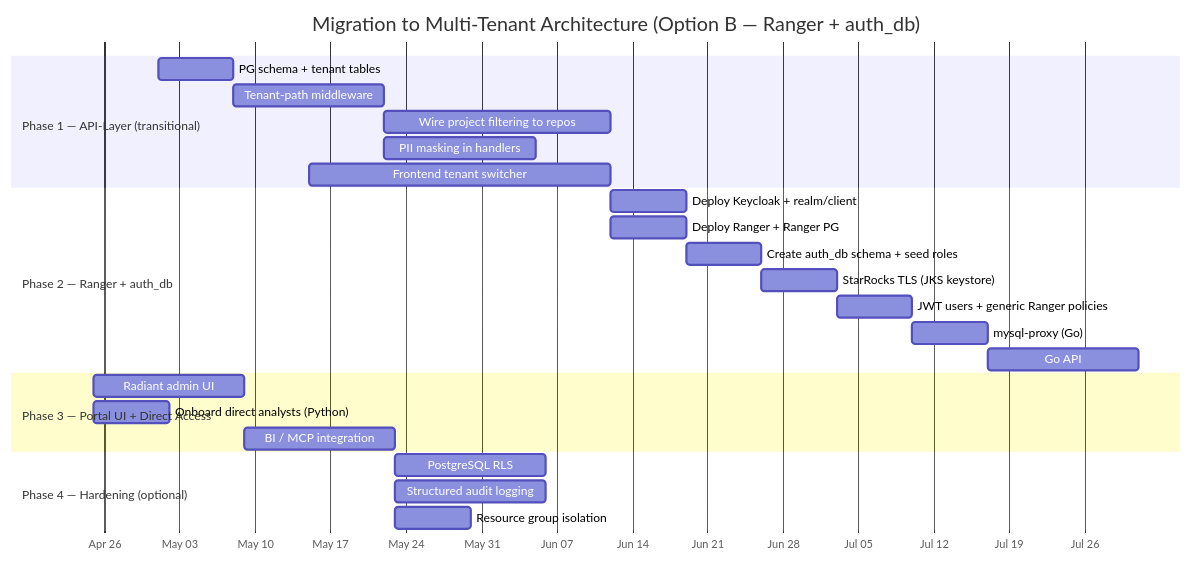
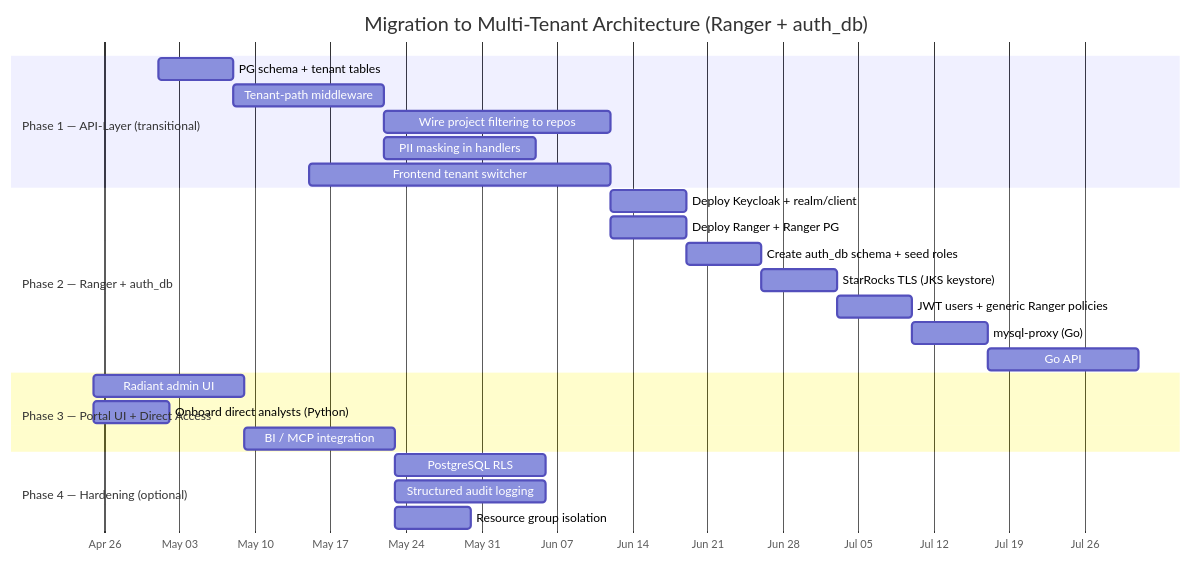
One commit to radiant-network/radiant-portal changed the fifth of 6 diagrams in docs/adr/multi-tenancy-security.md. Above: the diagram before and after it, drawn with Mermaid. The commit also changed other lines of this file, not shown here.

First line of the commit message:
docs(adr): SJRA-0000 drop option b label since it is the only solution

````diff
--- a/docs/adr/multi-tenancy-security.md
+++ b/docs/adr/multi-tenancy-security.md
@@ -946,32 +946,32 @@
 ```mermaid
 gantt
-    title Migration to Multi-Tenant Architecture (Option B — Ranger + auth_db)
+    title Migration to Multi-Tenant Architecture (Ranger + auth_db)
     dateFormat YYYY-MM-DD
     axisFormat %b %d
 
     section Phase 1 — API-Layer (transitional)
     PG schema + tenant tables           :p1a, 2026-05-01, 1w
     Tenant-path middleware              :p1b, after p1a, 2w
     Wire project filtering to repos     :p1c, after p1b, 3w
     PII masking in handlers             :p1d, after p1b, 2w
     Frontend tenant switcher            :p1e, 2026-05-15, 4w
 
     section Phase 2 — Ranger + auth_db
     Deploy Keycloak + realm/client      :p2a, after p1c, 1w
     Deploy Ranger + Ranger PG           :p2b, after p1c, 1w
     Create auth_db schema + seed roles  :p2c, after p2a, 1w
     StarRocks TLS (JKS keystore)        :p2d, after p2c, 1w
     JWT users + generic Ranger policies :p2e, after p2d, 1w
     mysql-proxy (Go)                    :p2f, after p2e, 1w
     Go API: Bearer JWT via proxy        :p2g, after p2f, 2w
 
     section Phase 3 — Portal UI + Direct Access
     Radiant admin UI                    :p3a, after p2g, 2w
     Onboard direct analysts (Python)    :p3b, after p2g, 1w
     BI / MCP integration                :p3c, after p3a, 2w
 
     section Phase 4 — Hardening (optional)
     PostgreSQL RLS                      :p4a, after p3c, 2w
     Structured audit logging            :p4b, after p3c, 2w
     Resource group isolation            :p4c, after p3c, 1w
 ```
````
